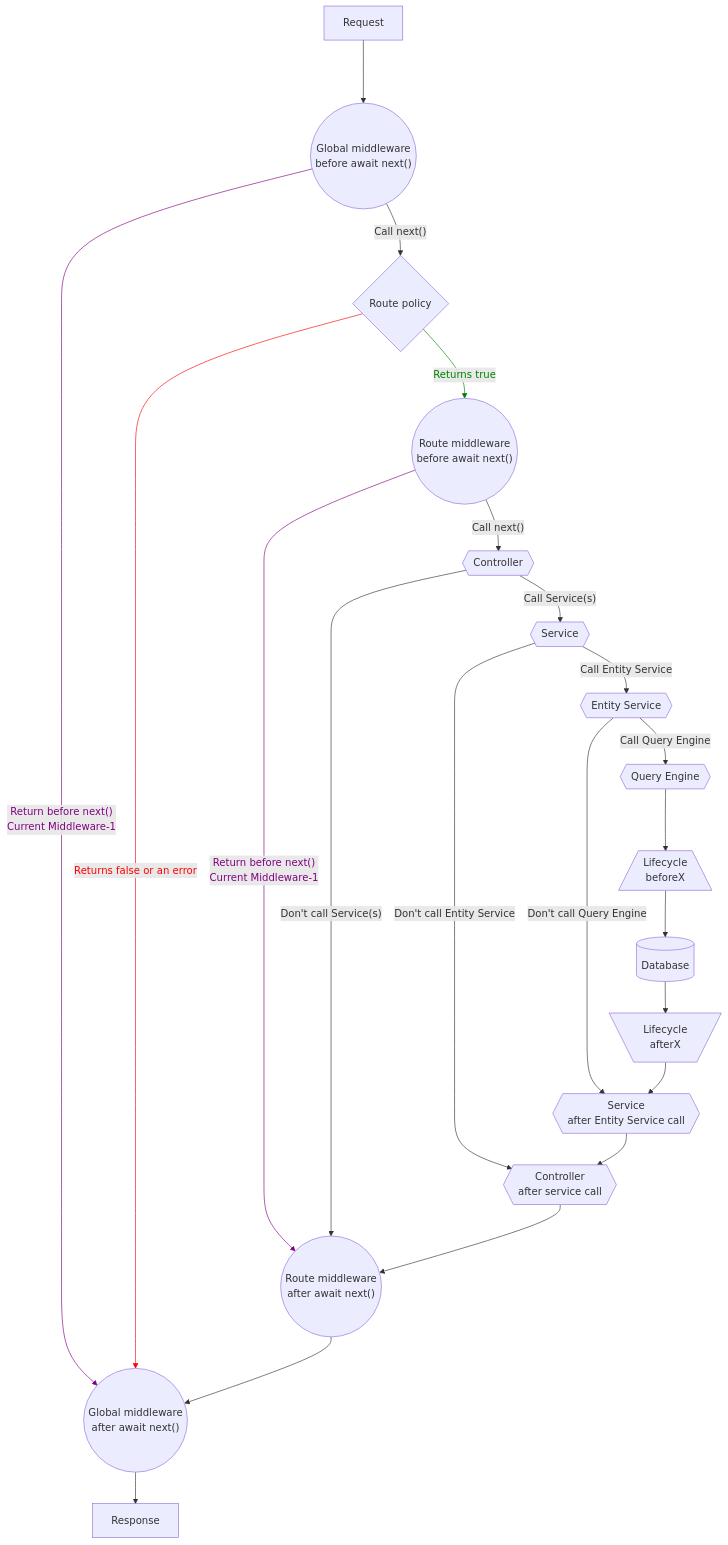
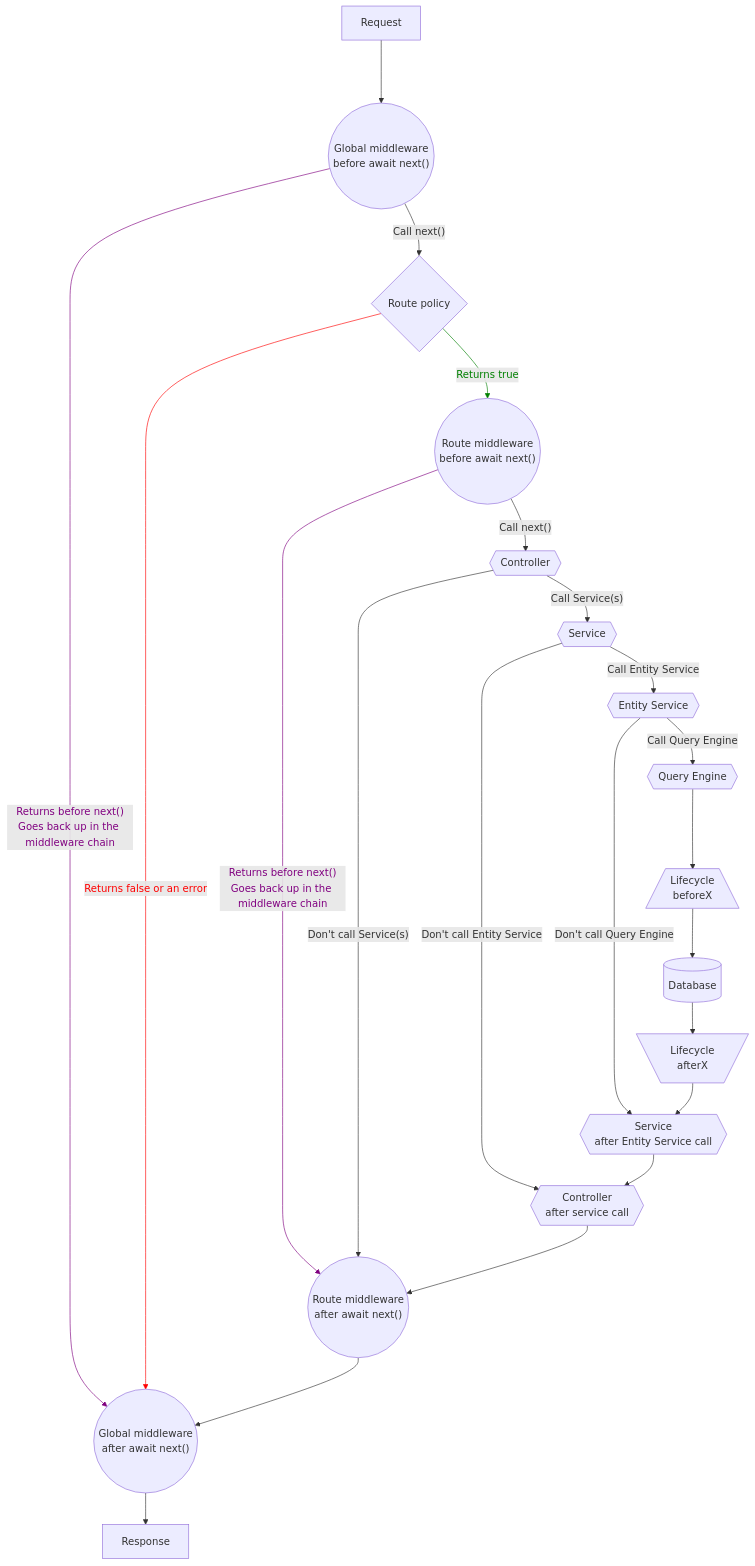
One commit to strapi/documentation changed the diagram in docusaurus/docs/dev-docs/backend-customization.md. Above: the diagram before and after it, drawn with Mermaid.

Commit message:
Clarify "Current Middleware-1"

````diff
--- a/docusaurus/docs/dev-docs/backend-customization.md
+++ b/docusaurus/docs/dev-docs/backend-customization.md
@@ -44,44 +44,44 @@
 ```mermaid
 graph TB
     request[Request] ---> globalMiddlewareA(("Global middleware<br/>before await next()"))
     globalMiddlewareA --"Call next()"--> routePolicy{Route policy}
-    globalMiddlewareA --"Return before next()<br> Current Middleware-1"-->globalMiddlewareB
+    globalMiddlewareA --"Returns before next()<br>Goes back up in the middleware chain"-->globalMiddlewareB
     routePolicy --Returns true--> routeMiddlewareA(("Route middleware<br/>before await next()"))
     routePolicy --Returns false or an error-->globalMiddlewareB
-    routeMiddlewareA --"Return before next()<br> Current Middleware-1"-->routeMiddlewareB
+    routeMiddlewareA --"Returns before next()<br>Goes back up in the middleware chain"-->routeMiddlewareB
     routeMiddlewareA --"Call next()"--> controllerA{{Controller}}
     controllerA --"Call Service(s)"--> serviceA{{Service}}
     controllerA --"Don't call Service(s)" --> routeMiddlewareB
     serviceA --"Call Entity Service" --> entityService{{Entity Service}}
     serviceA --"Don't call Entity Service" --> controllerB
     entityService --"Call Query Engine"--> queryEngine{{Query Engine}}
     entityService --"Don't call Query Engine" --> serviceB
     queryEngine --> lifecyclesBefore[/Lifecycle<br> beforeX\] 
     lifecyclesBefore[/Lifecycle<br> beforeX\] --> database[(Database)]
     database --> lifecyclesAfter[\Lifecycle<br> afterX/]
     lifecyclesAfter --> serviceB{{"Service<br/>after Entity Service call"}}
     serviceB --> controllerB{{"Controller<br/>after service call"}}
     controllerB --> routeMiddlewareB(("Route middleware<br/>after await next()"))
     routeMiddlewareB --> globalMiddlewareB(("Global middleware<br/>after await next()"))
     globalMiddlewareB --> response[Response]
     linkStyle 3 stroke:green,color:green
     linkStyle 4 stroke:red,color:red
     linkStyle 2 stroke:purple,color:purple
     linkStyle 5 stroke:purple,color:purple
     click request "/dev-docs/backend-customization/requests-responses"
     click globalMiddlewareA "/dev-docs/backend-customization/middlewares"
     click globalMiddlewareB "/dev-docs/backend-customization/middlewares"
     click routePolicy "/dev-docs/backend-customization/routes"
     click routeMiddlewareA "/dev-docs/backend-customization/routes"
     click routeMiddlewareB "/dev-docs/backend-customization/routes"
     click controllerA "/dev-docs/backend-customization/controllers"
     click controllerB "/dev-docs/backend-customization/controllers"
     click serviceA "/dev-docs/backend-customization/services"
     click serviceB "/dev-docs/backend-customization/services"
     click entityService "/dev-docs/api/entity-service/"
     click lifecyclesBefore "/dev-docs/backend-customization/models#lifecycle-hooks"
     click queryEngine "/dev-docs/api/query-engine/"
     click lifecyclesAfter "/dev-docs/backend-customization/models#lifecycle-hooks"
     click response "/dev-docs/backend-customization/requests-responses"
     click queryEngine "/dev-docs/api/query-engine"
 ```
````
